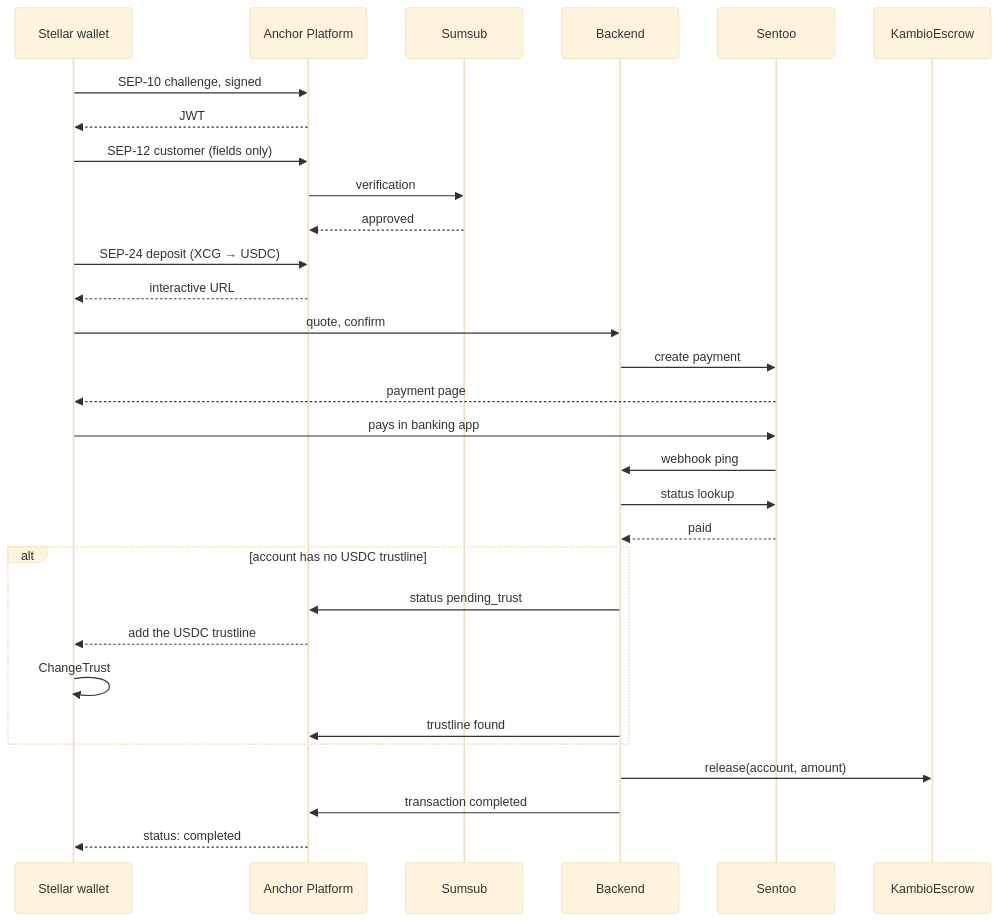
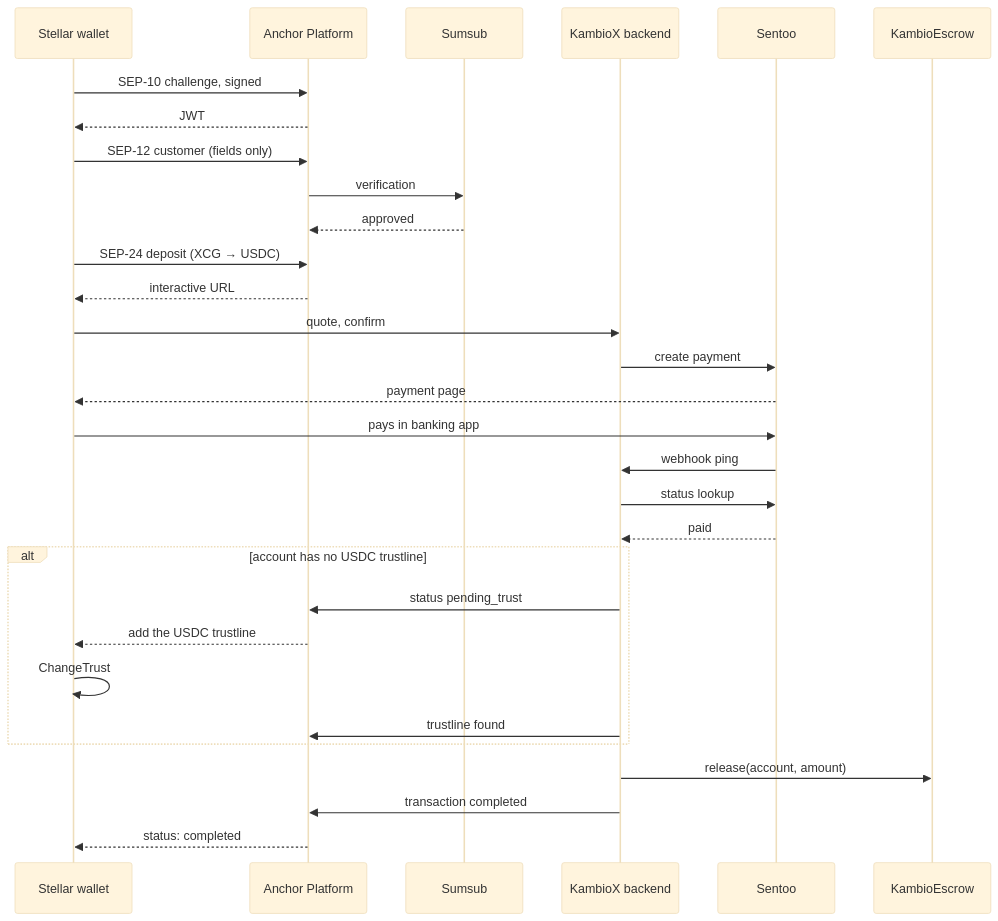
One commit to BreadchainCoop/curacao-crypto-onramp-bot changed the eighth of 8 diagrams in contracts/stellar/ARCHITECTURE.md. Above: the diagram before and after it, drawn with Mermaid (base theme). The commit also changed other lines of this file, not shown here.

Commit message:
docs(stellar): name the KambioX bot and backend in the diagrams

````diff
--- a/contracts/stellar/ARCHITECTURE.md
+++ b/contracts/stellar/ARCHITECTURE.md
@@ -243,33 +243,33 @@
 ```mermaid
 sequenceDiagram
   participant W as Stellar wallet
   participant AP as Anchor Platform
   participant KYC as Sumsub
-  participant BE as Backend
+  participant BE as KambioX backend
   participant S as Sentoo
   participant KE as KambioEscrow
 
   W->>AP: SEP-10 challenge, signed
   AP-->>W: JWT
   W->>AP: SEP-12 customer (fields only)
   AP->>KYC: verification
   KYC-->>AP: approved
   W->>AP: SEP-24 deposit (XCG → USDC)
   AP-->>W: interactive URL
   W->>BE: quote, confirm
   BE->>S: create payment
   S-->>W: payment page
   W->>S: pays in banking app
   S->>BE: webhook ping
   BE->>S: status lookup
   S-->>BE: paid
   alt account has no USDC trustline
     BE->>AP: status pending_trust
     AP-->>W: add the USDC trustline
     W->>W: ChangeTrust
     BE->>AP: trustline found
   end
   BE->>KE: release(account, amount)
   BE->>AP: transaction completed
   AP-->>W: status: completed
 ```
````
